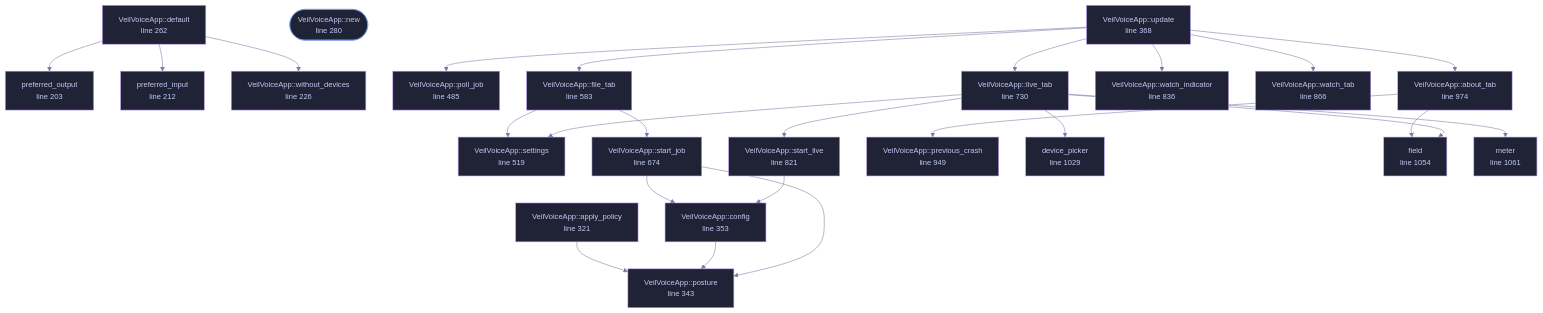
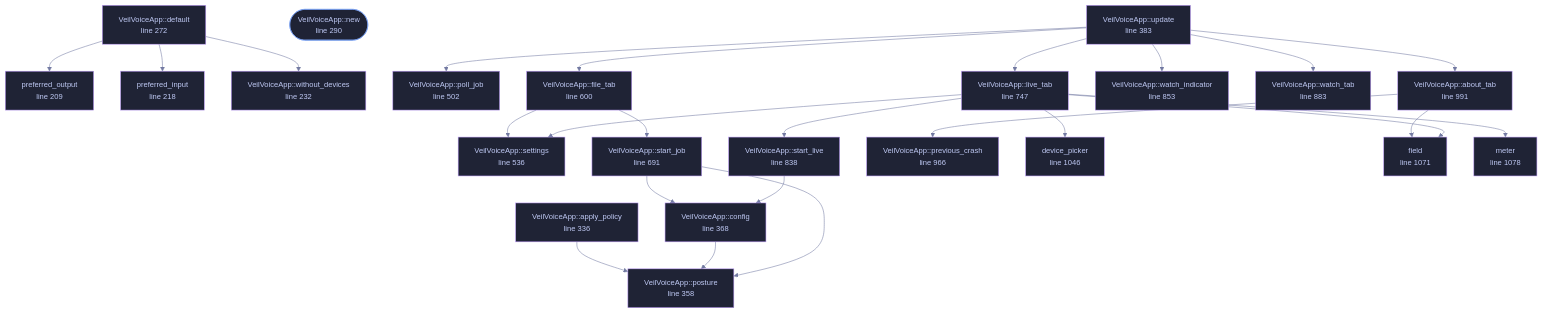
Before and after one commit to tilas01/veilvoice: the diagram in wiki/File-veilvoice-gui-app.md, drawn with Mermaid. The commit also changed other lines of this file and 37 other files, not shown here.

````diff
--- a/wiki/File-veilvoice-gui-app.md
+++ b/wiki/File-veilvoice-gui-app.md
@@ -147,75 +147,75 @@
 ```mermaid
 %%{init: {"theme":"base","themeVariables":{"background":"#1a1b26","primaryColor":"#1f2335","primaryTextColor":"#c0caf5","primaryBorderColor":"#7aa2f7","secondaryColor":"#16161e","tertiaryColor":"#16161e","lineColor":"#737aa2","textColor":"#c0caf5","mainBkg":"#1f2335","nodeBorder":"#7aa2f7","clusterBkg":"#16161e","clusterBorder":"#2f3549","fontFamily":"ui-monospace, SFMono-Regular, Consolas, monospace","fontSize":"14px"}}}%%
 flowchart TD
-    n_preferred_output["preferred_output<br/>line 203"]
-    n_preferred_input["preferred_input<br/>line 212"]
-    n_without_devices["VeilVoiceApp::without_devices<br/>line 226"]
-    n_default["VeilVoiceApp::default<br/>line 262"]
-    n_new(["VeilVoiceApp::new<br/>line 280"])
-    n_apply_policy["VeilVoiceApp::apply_policy<br/>line 321"]
-    n_posture["VeilVoiceApp::posture<br/>line 343"]
-    n_config["VeilVoiceApp::config<br/>line 353"]
-    n_update["VeilVoiceApp::update<br/>line 368"]
-    n_poll_job["VeilVoiceApp::poll_job<br/>line 485"]
-    n_settings["VeilVoiceApp::settings<br/>line 519"]
-    n_file_tab["VeilVoiceApp::file_tab<br/>line 583"]
-    n_start_job["VeilVoiceApp::start_job<br/>line 674"]
-    n_live_tab["VeilVoiceApp::live_tab<br/>line 730"]
-    n_start_live["VeilVoiceApp::start_live<br/>line 821"]
-    n_watch_indicator["VeilVoiceApp::watch_indicator<br/>line 836"]
-    n_watch_tab["VeilVoiceApp::watch_tab<br/>line 866"]
-    n_previous_crash["VeilVoiceApp::previous_crash<br/>line 949"]
-    n_about_tab["VeilVoiceApp::about_tab<br/>line 974"]
-    n_device_picker["device_picker<br/>line 1029"]
-    n_field["field<br/>line 1054"]
-    n_meter["meter<br/>line 1061"]
+    n_preferred_output["preferred_output<br/>line 209"]
+    n_preferred_input["preferred_input<br/>line 218"]
+    n_without_devices["VeilVoiceApp::without_devices<br/>line 232"]
+    n_default["VeilVoiceApp::default<br/>line 272"]
+    n_new(["VeilVoiceApp::new<br/>line 290"])
+    n_apply_policy["VeilVoiceApp::apply_policy<br/>line 336"]
+    n_posture["VeilVoiceApp::posture<br/>line 358"]
+    n_config["VeilVoiceApp::config<br/>line 368"]
+    n_update["VeilVoiceApp::update<br/>line 383"]
+    n_poll_job["VeilVoiceApp::poll_job<br/>line 502"]
+    n_settings["VeilVoiceApp::settings<br/>line 536"]
+    n_file_tab["VeilVoiceApp::file_tab<br/>line 600"]
+    n_start_job["VeilVoiceApp::start_job<br/>line 691"]
+    n_live_tab["VeilVoiceApp::live_tab<br/>line 747"]
+    n_start_live["VeilVoiceApp::start_live<br/>line 838"]
+    n_watch_indicator["VeilVoiceApp::watch_indicator<br/>line 853"]
+    n_watch_tab["VeilVoiceApp::watch_tab<br/>line 883"]
+    n_previous_crash["VeilVoiceApp::previous_crash<br/>line 966"]
+    n_about_tab["VeilVoiceApp::about_tab<br/>line 991"]
+    n_device_picker["device_picker<br/>line 1046"]
+    n_field["field<br/>line 1071"]
+    n_meter["meter<br/>line 1078"]
     n_about_tab --> n_field
     n_about_tab --> n_previous_crash
     n_apply_policy --> n_posture
     n_config --> n_posture
     n_default --> n_preferred_input
     n_default --> n_preferred_output
     n_default --> n_without_devices
     n_file_tab --> n_settings
     n_file_tab --> n_start_job
     n_live_tab --> n_device_picker
     n_live_tab --> n_field
     n_live_tab --> n_meter
     n_live_tab --> n_settings
     n_live_tab --> n_start_live
     n_start_job --> n_config
     n_start_job --> n_posture
     n_start_live --> n_config
     n_update --> n_about_tab
     n_update --> n_file_tab
     n_update --> n_live_tab
     n_update --> n_poll_job
     n_update --> n_watch_indicator
     n_update --> n_watch_tab
-    click n_preferred_output href "https://github.com/tilas01/veilvoice/blob/main/crates/veilvoice-gui/src/app.rs#L203" "open the source"
-    click n_preferred_input href "https://github.com/tilas01/veilvoice/blob/main/crates/veilvoice-gui/src/app.rs#L212" "open the source"
-    click n_without_devices href "https://github.com/tilas01/veilvoice/blob/main/crates/veilvoice-gui/src/app.rs#L226" "open the source"
-    click n_default href "https://github.com/tilas01/veilvoice/blob/main/crates/veilvoice-gui/src/app.rs#L262" "open the source"
-    click n_new href "https://github.com/tilas01/veilvoice/blob/main/crates/veilvoice-gui/src/app.rs#L280" "open the source"
-    click n_apply_policy href "https://github.com/tilas01/veilvoice/blob/main/crates/veilvoice-gui/src/app.rs#L321" "open the source"
-    click n_posture href "https://github.com/tilas01/veilvoice/blob/main/crates/veilvoice-gui/src/app.rs#L343" "open the source"
-    click n_config href "https://github.com/tilas01/veilvoice/blob/main/crates/veilvoice-gui/src/app.rs#L353" "open the source"
-    click n_update href "https://github.com/tilas01/veilvoice/blob/main/crates/veilvoice-gui/src/app.rs#L368" "open the source"
-    click n_poll_job href "https://github.com/tilas01/veilvoice/blob/main/crates/veilvoice-gui/src/app.rs#L485" "open the source"
-    click n_settings href "https://github.com/tilas01/veilvoice/blob/main/crates/veilvoice-gui/src/app.rs#L519" "open the source"
-    click n_file_tab href "https://github.com/tilas01/veilvoice/blob/main/crates/veilvoice-gui/src/app.rs#L583" "open the source"
-    click n_start_job href "https://github.com/tilas01/veilvoice/blob/main/crates/veilvoice-gui/src/app.rs#L674" "open the source"
-    click n_live_tab href "https://github.com/tilas01/veilvoice/blob/main/crates/veilvoice-gui/src/app.rs#L730" "open the source"
-    click n_start_live href "https://github.com/tilas01/veilvoice/blob/main/crates/veilvoice-gui/src/app.rs#L821" "open the source"
-    click n_watch_indicator href "https://github.com/tilas01/veilvoice/blob/main/crates/veilvoice-gui/src/app.rs#L836" "open the source"
-    click n_watch_tab href "https://github.com/tilas01/veilvoice/blob/main/crates/veilvoice-gui/src/app.rs#L866" "open the source"
-    click n_previous_crash href "https://github.com/tilas01/veilvoice/blob/main/crates/veilvoice-gui/src/app.rs#L949" "open the source"
-    click n_about_tab href "https://github.com/tilas01/veilvoice/blob/main/crates/veilvoice-gui/src/app.rs#L974" "open the source"
-    click n_device_picker href "https://github.com/tilas01/veilvoice/blob/main/crates/veilvoice-gui/src/app.rs#L1029" "open the source"
-    click n_field href "https://github.com/tilas01/veilvoice/blob/main/crates/veilvoice-gui/src/app.rs#L1054" "open the source"
-    click n_meter href "https://github.com/tilas01/veilvoice/blob/main/crates/veilvoice-gui/src/app.rs#L1061" "open the source"
+    click n_preferred_output href "https://github.com/tilas01/veilvoice/blob/main/crates/veilvoice-gui/src/app.rs#L209" "open the source"
+    click n_preferred_input href "https://github.com/tilas01/veilvoice/blob/main/crates/veilvoice-gui/src/app.rs#L218" "open the source"
+    click n_without_devices href "https://github.com/tilas01/veilvoice/blob/main/crates/veilvoice-gui/src/app.rs#L232" "open the source"
+    click n_default href "https://github.com/tilas01/veilvoice/blob/main/crates/veilvoice-gui/src/app.rs#L272" "open the source"
+    click n_new href "https://github.com/tilas01/veilvoice/blob/main/crates/veilvoice-gui/src/app.rs#L290" "open the source"
+    click n_apply_policy href "https://github.com/tilas01/veilvoice/blob/main/crates/veilvoice-gui/src/app.rs#L336" "open the source"
+    click n_posture href "https://github.com/tilas01/veilvoice/blob/main/crates/veilvoice-gui/src/app.rs#L358" "open the source"
+    click n_config href "https://github.com/tilas01/veilvoice/blob/main/crates/veilvoice-gui/src/app.rs#L368" "open the source"
+    click n_update href "https://github.com/tilas01/veilvoice/blob/main/crates/veilvoice-gui/src/app.rs#L383" "open the source"
+    click n_poll_job href "https://github.com/tilas01/veilvoice/blob/main/crates/veilvoice-gui/src/app.rs#L502" "open the source"
+    click n_settings href "https://github.com/tilas01/veilvoice/blob/main/crates/veilvoice-gui/src/app.rs#L536" "open the source"
+    click n_file_tab href "https://github.com/tilas01/veilvoice/blob/main/crates/veilvoice-gui/src/app.rs#L600" "open the source"
+    click n_start_job href "https://github.com/tilas01/veilvoice/blob/main/crates/veilvoice-gui/src/app.rs#L691" "open the source"
+    click n_live_tab href "https://github.com/tilas01/veilvoice/blob/main/crates/veilvoice-gui/src/app.rs#L747" "open the source"
+    click n_start_live href "https://github.com/tilas01/veilvoice/blob/main/crates/veilvoice-gui/src/app.rs#L838" "open the source"
+    click n_watch_indicator href "https://github.com/tilas01/veilvoice/blob/main/crates/veilvoice-gui/src/app.rs#L853" "open the source"
+    click n_watch_tab href "https://github.com/tilas01/veilvoice/blob/main/crates/veilvoice-gui/src/app.rs#L883" "open the source"
+    click n_previous_crash href "https://github.com/tilas01/veilvoice/blob/main/crates/veilvoice-gui/src/app.rs#L966" "open the source"
+    click n_about_tab href "https://github.com/tilas01/veilvoice/blob/main/crates/veilvoice-gui/src/app.rs#L991" "open the source"
+    click n_device_picker href "https://github.com/tilas01/veilvoice/blob/main/crates/veilvoice-gui/src/app.rs#L1046" "open the source"
+    click n_field href "https://github.com/tilas01/veilvoice/blob/main/crates/veilvoice-gui/src/app.rs#L1071" "open the source"
+    click n_meter href "https://github.com/tilas01/veilvoice/blob/main/crates/veilvoice-gui/src/app.rs#L1078" "open the source"
     classDef entry fill:#1f2335,stroke:#7aa2f7,color:#c0caf5
     class n_new entry
     classDef helper fill:#1f2335,stroke:#bb9af7,color:#c0caf5
     class n_preferred_output,n_preferred_input,n_without_devices,n_default,n_apply_policy,n_posture,n_config,n_update,n_poll_job,n_settings,n_file_tab,n_start_job,n_live_tab,n_start_live,n_watch_indicator,n_watch_tab,n_previous_crash,n_about_tab,n_device_picker,n_field,n_meter helper
 ```
````
